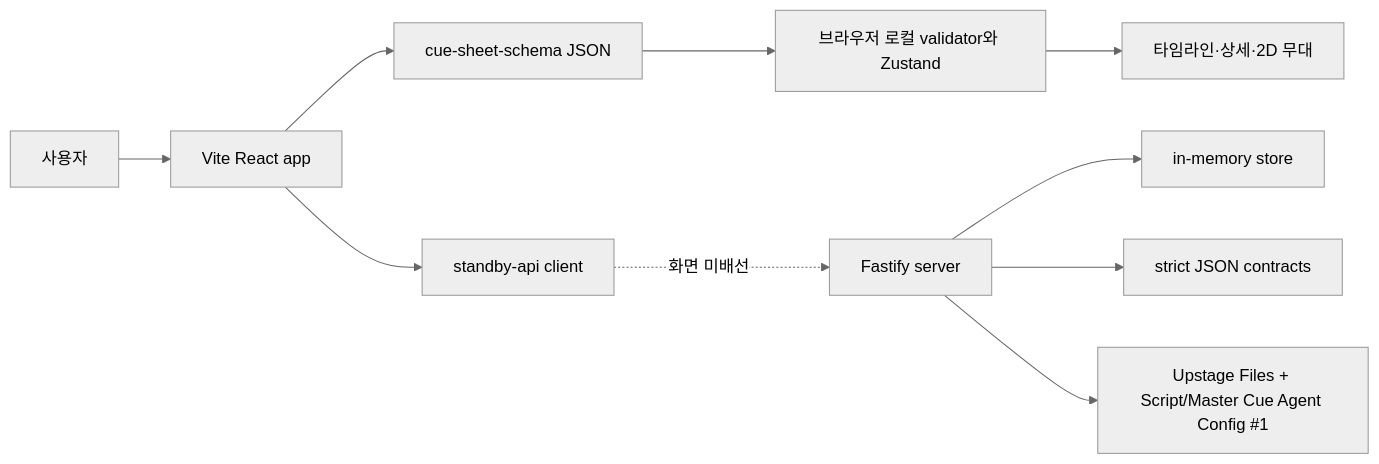
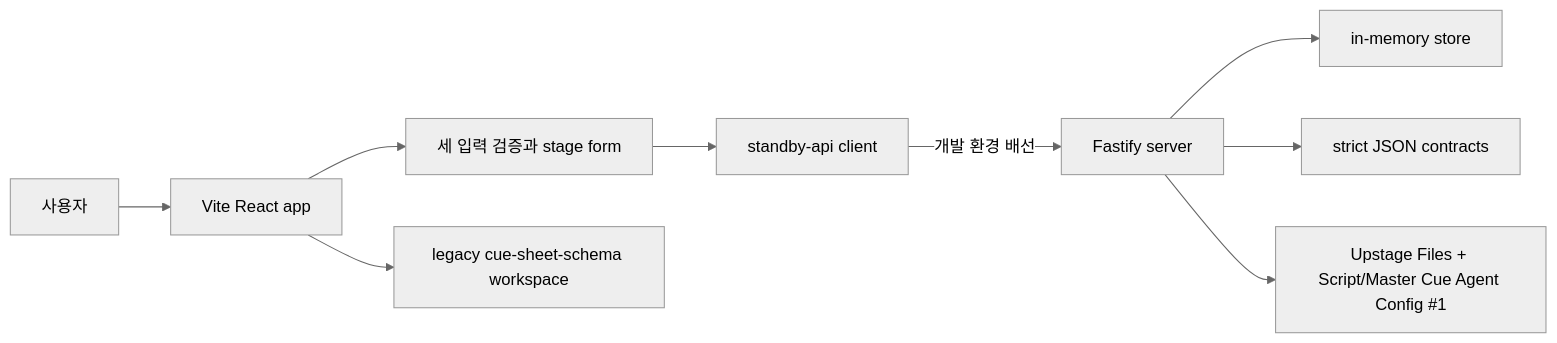
The diagram in project/FEATURE_SPEC_CURRENT.md (Rudy-009/45_Junction_Project), drawn with Mermaid (neutral theme) before and after one commit. The commit also changed other lines of this file and 2 other files, not shown here.

Commit message:
feat: restore three-source intake flow

````diff
--- a/project/FEATURE_SPEC_CURRENT.md
+++ b/project/FEATURE_SPEC_CURRENT.md
@@ -138,12 +142,11 @@
 ```mermaid
 flowchart LR
   U[사용자] --> A[Vite React app]
-  A --> J[cue-sheet-schema JSON]
-  J --> V[브라우저 로컬 validator와 Zustand]
-  V --> W[타임라인·상세·2D 무대]
-  A --> CL[standby-api client]
-  CL -. 화면 미배선 .-> S[Fastify server]
+  A --> I[세 입력 검증과 stage form]
+  A --> W[legacy cue-sheet-schema workspace]
+  I --> CL[standby-api client]
+  CL -->|개발 환경 배선| S[Fastify server]
   S --> M[in-memory store]
   S --> C[strict JSON contracts]
   S --> UP[Upstage Files + Script/Master Cue Agent Config #1]
 ```
````
